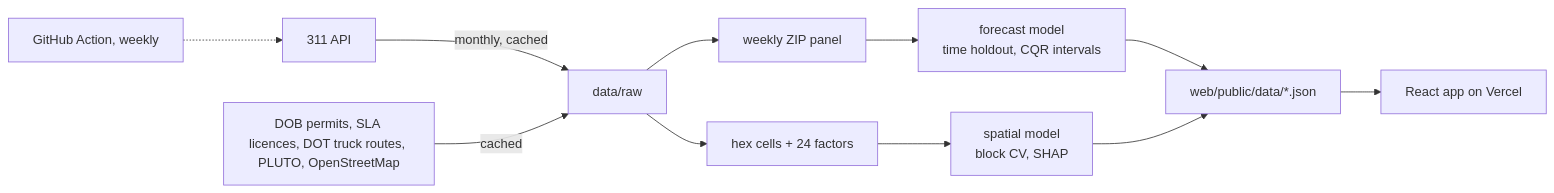
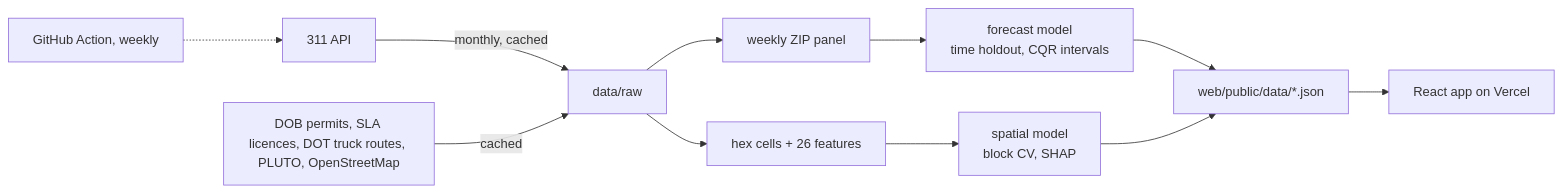
One commit to OrenSegal/ny-noise changed the diagram in Readme.md. Above: the diagram before and after it, drawn with Mermaid. The commit also changed other lines of this file and 25 other files, not shown here.

````diff
--- a/Readme.md
+++ b/Readme.md
@@ -52,13 +67,13 @@
 ```mermaid
 flowchart LR
     A[311 API] -->|monthly, cached| B[data/raw]
     S[DOB permits, SLA licences, DOT truck routes, PLUTO, OpenStreetMap] -->|cached| B
     B --> C[weekly ZIP panel]
-    B --> H[hex cells + 24 factors]
+    B --> H[hex cells + 26 features]
     C --> D[forecast model<br/>time holdout, CQR intervals]
     H --> E[spatial model<br/>block CV, SHAP]
     D --> J[web/public/data/*.json]
     E --> J
     J --> W[React app on Vercel]
     G[GitHub Action, weekly] -.-> A
 ```
````
